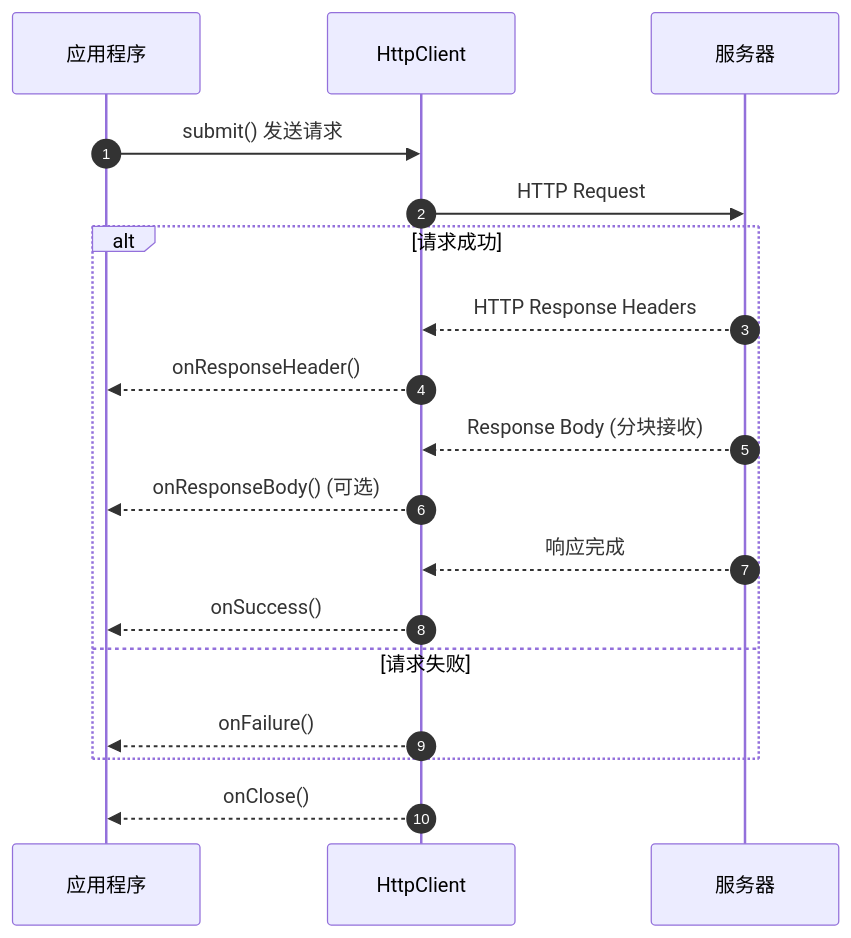
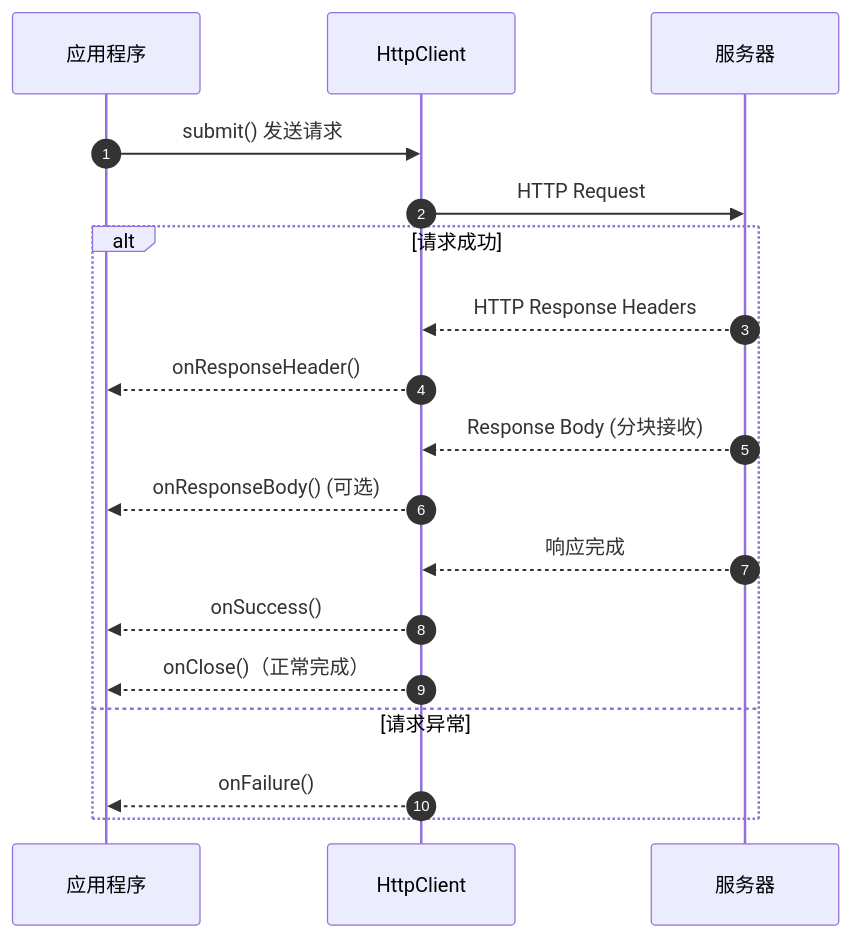
Before and after one commit to smartboot/feat: the diagram in pages/src/content/docs/client/http_client.mdx, drawn with Mermaid. The commit also changed other lines of this file, not shown here.

Commit message:
docs: correct HTTP client callback lifecycle

````diff
--- a/pages/src/content/docs/client/http_client.mdx
+++ b/pages/src/content/docs/client/http_client.mdx
@@ -209,25 +209,24 @@
 ```mermaid
 sequenceDiagram
     autonumber
     participant App as 应用程序
     participant Client as HttpClient
     participant Server as 服务器
 
     App->>Client: submit() 发送请求
     Client->>Server: HTTP Request
     
     alt 请求成功
         Server-->>Client: HTTP Response Headers
         Client-->>App: onResponseHeader()
         
         Server-->>Client: Response Body (分块接收)
         Client-->>App: onResponseBody() (可选)
         
         Server-->>Client: 响应完成
         Client-->>App: onSuccess()
-    else 请求失败
+        Client-->>App: onClose()（正常完成）
+    else 请求异常
         Client-->>App: onFailure()
     end
-    
-    Client-->>App: onClose()
 ```
````
